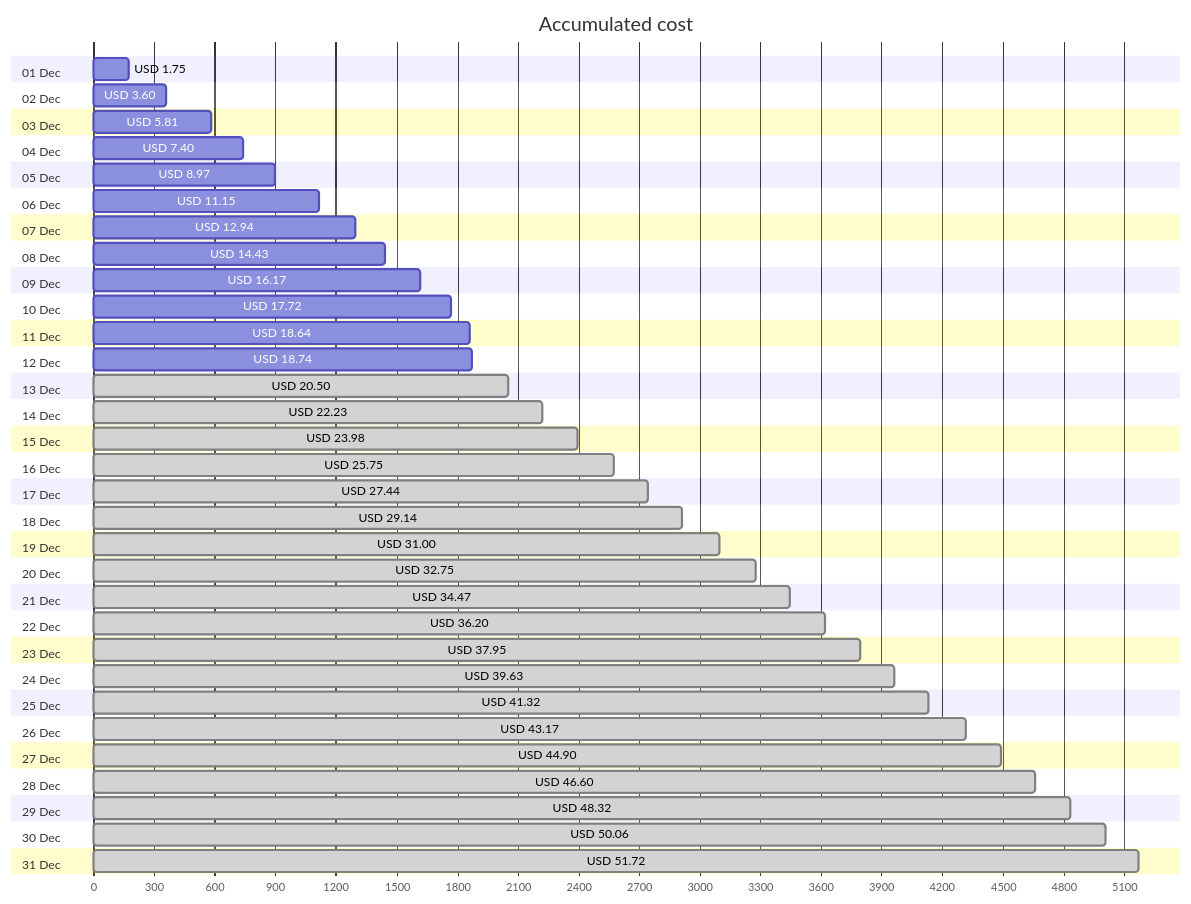
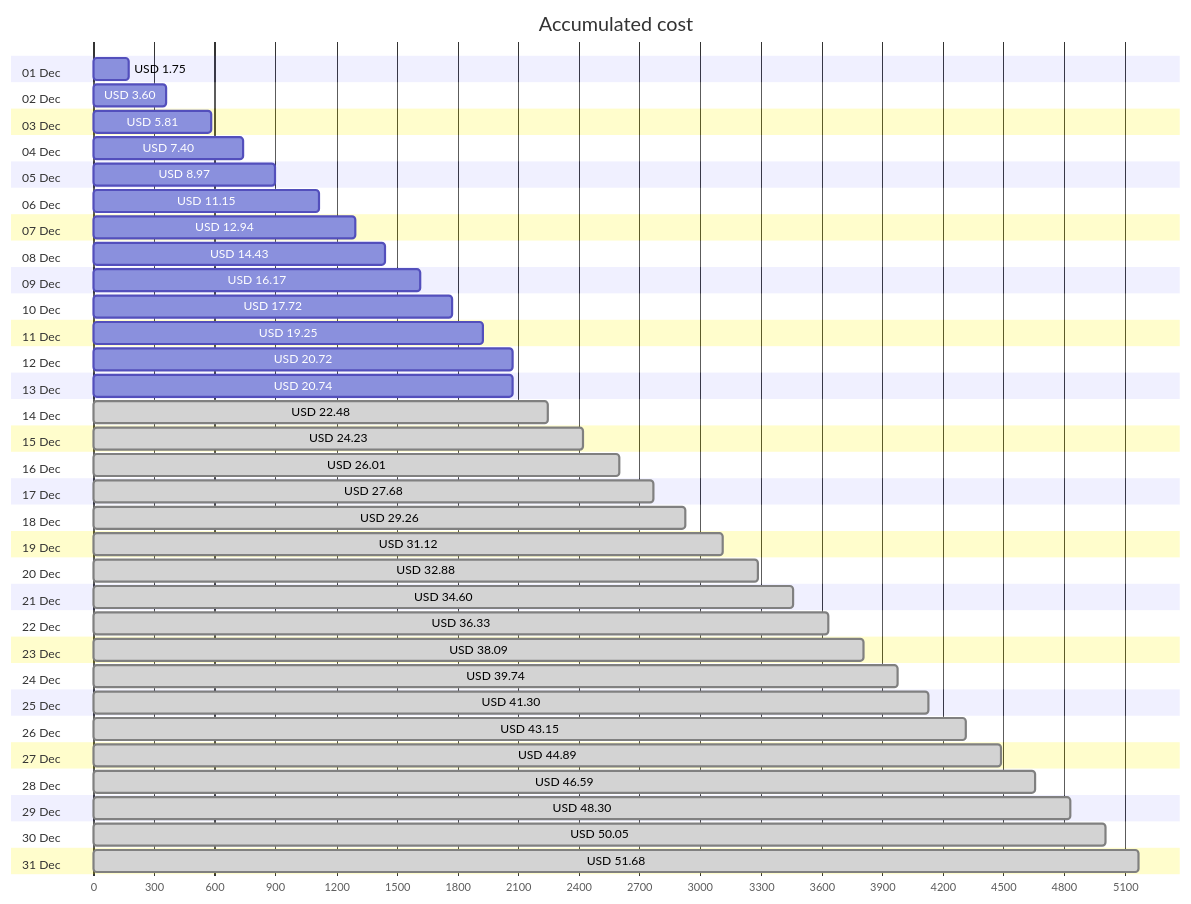
The first of 4 diagrams in cost-reports/personal-network/README.md (jpfulton/azure-personal-reports), drawn with Mermaid before and after one commit. The commit also changed other lines of this file and 8 other files, not shown here.

````diff
--- a/cost-reports/personal-network/README.md
+++ b/cost-reports/personal-network/README.md
@@ -20,68 +20,68 @@
 ```mermaid
 gantt
    title Accumulated cost
    dateFormat  X
    axisFormat %s
    section 01 Dec
    USD 1.75 :0, 175
    section 02 Dec
    USD 3.60 :0, 360
    section 03 Dec
    USD 5.81 :0, 581
    section 04 Dec
    USD 7.40 :0, 740
    section 05 Dec
    USD 8.97 :0, 897
    section 06 Dec
    USD 11.15 :0, 1115
    section 07 Dec
    USD 12.94 :0, 1294
    section 08 Dec
    USD 14.43 :0, 1443
    section 09 Dec
    USD 16.17 :0, 1617
    section 10 Dec
    USD 17.72 :0, 1772
    section 11 Dec
-   USD 18.64 :0, 1864
+   USD 19.25 :0, 1925
    section 12 Dec
-   USD 18.74 :0, 1874
+   USD 20.72 :0, 2072
    section 13 Dec
-   USD 20.50 : done, 0, 2050
+   USD 20.74 :0, 2074
    section 14 Dec
-   USD 22.23 : done, 0, 2223
+   USD 22.48 : done, 0, 2248
    section 15 Dec
-   USD 23.98 : done, 0, 2398
+   USD 24.23 : done, 0, 2423
    section 16 Dec
-   USD 25.75 : done, 0, 2575
+   USD 26.01 : done, 0, 2601
    section 17 Dec
-   USD 27.44 : done, 0, 2744
+   USD 27.68 : done, 0, 2768
    section 18 Dec
-   USD 29.14 : done, 0, 2914
+   USD 29.26 : done, 0, 2926
    section 19 Dec
-   USD 31.00 : done, 0, 3100
+   USD 31.12 : done, 0, 3112
    section 20 Dec
-   USD 32.75 : done, 0, 3275
+   USD 32.88 : done, 0, 3288
    section 21 Dec
-   USD 34.47 : done, 0, 3447
+   USD 34.60 : done, 0, 3460
    section 22 Dec
-   USD 36.20 : done, 0, 3620
+   USD 36.33 : done, 0, 3633
    section 23 Dec
-   USD 37.95 : done, 0, 3795
+   USD 38.09 : done, 0, 3809
    section 24 Dec
-   USD 39.63 : done, 0, 3963
+   USD 39.74 : done, 0, 3974
    section 25 Dec
-   USD 41.32 : done, 0, 4132
+   USD 41.30 : done, 0, 4130
    section 26 Dec
-   USD 43.17 : done, 0, 4317
+   USD 43.15 : done, 0, 4315
    section 27 Dec
-   USD 44.90 : done, 0, 4490
+   USD 44.89 : done, 0, 4489
    section 28 Dec
-   USD 46.60 : done, 0, 4660
+   USD 46.59 : done, 0, 4659
    section 29 Dec
-   USD 48.32 : done, 0, 4832
+   USD 48.30 : done, 0, 4830
    section 30 Dec
-   USD 50.06 : done, 0, 5006
+   USD 50.05 : done, 0, 5005
    section 31 Dec
-   USD 51.72 : done, 0, 5172
+   USD 51.68 : done, 0, 5168
 ```
````
